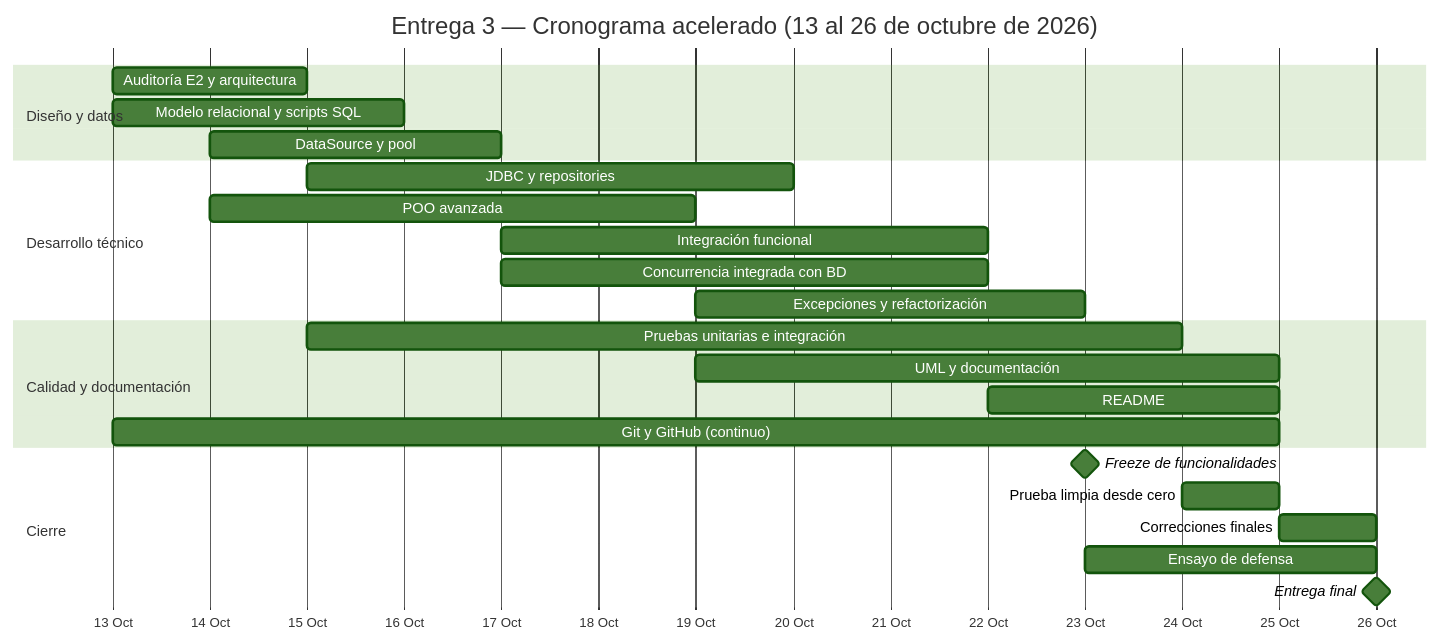
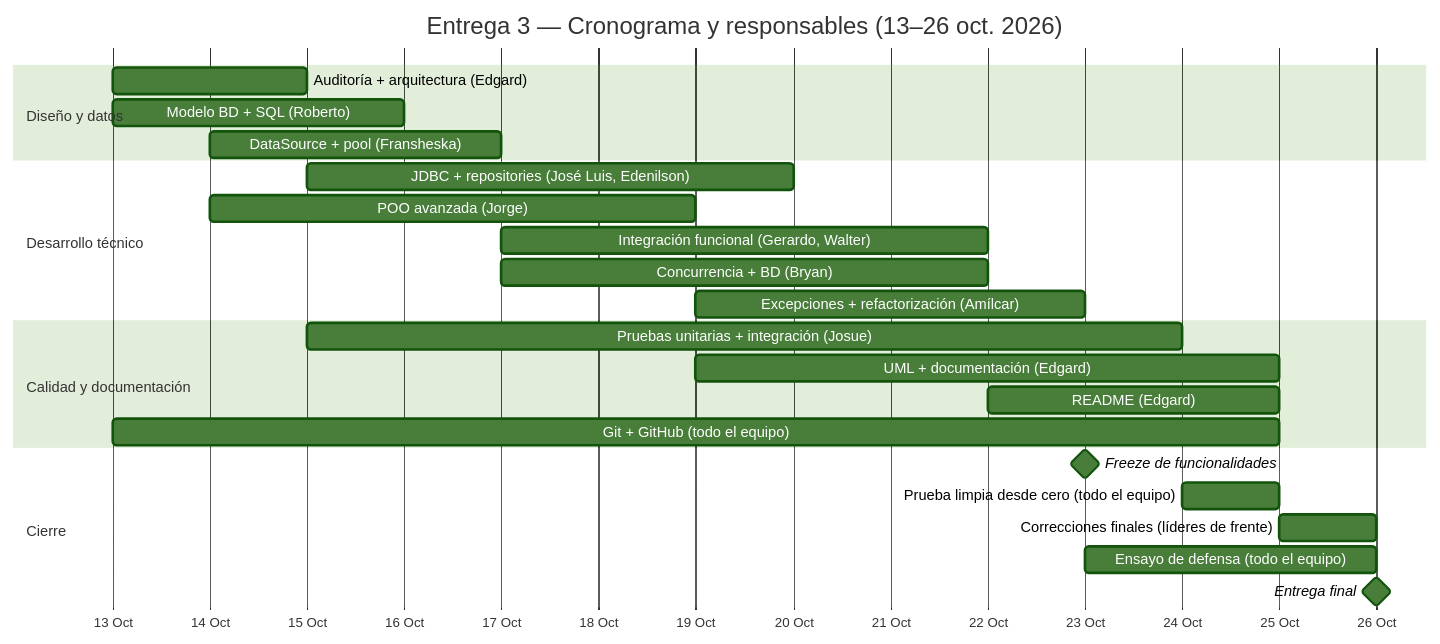
The diagram in docs/documentos/261013-Plan de trabajo y responsabilidad entrega 3.md (2602-Progra-II/prograii-sistema-gestion-academia), drawn with Mermaid (forest theme) before and after one commit.

Commit message:
se actualiza archivo de responsabilidades con diagrama de gantt incluyendo responsables

````diff
--- a/docs/documentos/261013-Plan de trabajo y responsabilidad entrega 3.md
+++ b/docs/documentos/261013-Plan de trabajo y responsabilidad entrega 3.md
@@ -385,32 +385,32 @@
 ```mermaid
 gantt
-    title Entrega 3 — Cronograma acelerado (13 al 26 de octubre de 2026)
+    title Entrega 3 — Cronograma y responsables (13–26 oct. 2026)
     dateFormat YYYY-MM-DD
     axisFormat %d %b
     tickInterval 1day
 
     section Diseño y datos
-    Auditoría E2 y arquitectura       :a1, 2026-10-13, 2d
-    Modelo relacional y scripts SQL   :a2, 2026-10-13, 3d
-    DataSource y pool                 :a3, 2026-10-14, 3d
+    Auditoría + arquitectura (Edgard)       :a1, 2026-10-13, 2d
+    Modelo BD + SQL (Roberto)               :a2, 2026-10-13, 3d
+    DataSource + pool (Fransheska)           :a3, 2026-10-14, 3d
 
     section Desarrollo técnico
-    JDBC y repositories               :a4, 2026-10-15, 5d
-    POO avanzada                      :a5, 2026-10-14, 5d
-    Integración funcional             :a6, 2026-10-17, 5d
-    Concurrencia integrada con BD     :a7, 2026-10-17, 5d
-    Excepciones y refactorización     :a8, 2026-10-19, 4d
+    JDBC + repositories (José Luis, Edenilson) :a4, 2026-10-15, 5d
+    POO avanzada (Jorge)                      :a5, 2026-10-14, 5d
+    Integración funcional (Gerardo, Walter)   :a6, 2026-10-17, 5d
+    Concurrencia + BD (Bryan)                 :a7, 2026-10-17, 5d
+    Excepciones + refactorización (Amílcar)   :a8, 2026-10-19, 4d
 
     section Calidad y documentación
-    Pruebas unitarias e integración   :a9, 2026-10-15, 9d
-    UML y documentación               :a10, 2026-10-19, 6d
-    README                            :a11, 2026-10-22, 3d
-    Git y GitHub (continuo)           :a12, 2026-10-13, 12d
+    Pruebas unitarias + integración (Josue)  :a9, 2026-10-15, 9d
+    UML + documentación (Edgard)              :a10, 2026-10-19, 6d
+    README (Edgard)                           :a11, 2026-10-22, 3d
+    Git + GitHub (todo el equipo)             :a12, 2026-10-13, 12d
 
     section Cierre
-    Freeze de funcionalidades        :milestone, m1, 2026-10-23, 0d
-    Prueba limpia desde cero          :a13, 2026-10-24, 1d
-    Correcciones finales              :a14, 2026-10-25, 1d
-    Ensayo de defensa                 :a15, 2026-10-23, 3d
-    Entrega final                     :milestone, m2, 2026-10-26, 0d
+    Freeze de funcionalidades                 :milestone, m1, 2026-10-23, 0d
+    Prueba limpia desde cero (todo el equipo) :a13, 2026-10-24, 1d
+    Correcciones finales (líderes de frente)  :a14, 2026-10-25, 1d
+    Ensayo de defensa (todo el equipo)        :a15, 2026-10-23, 3d
+    Entrega final                             :milestone, m2, 2026-10-26, 0d
 ```
````
